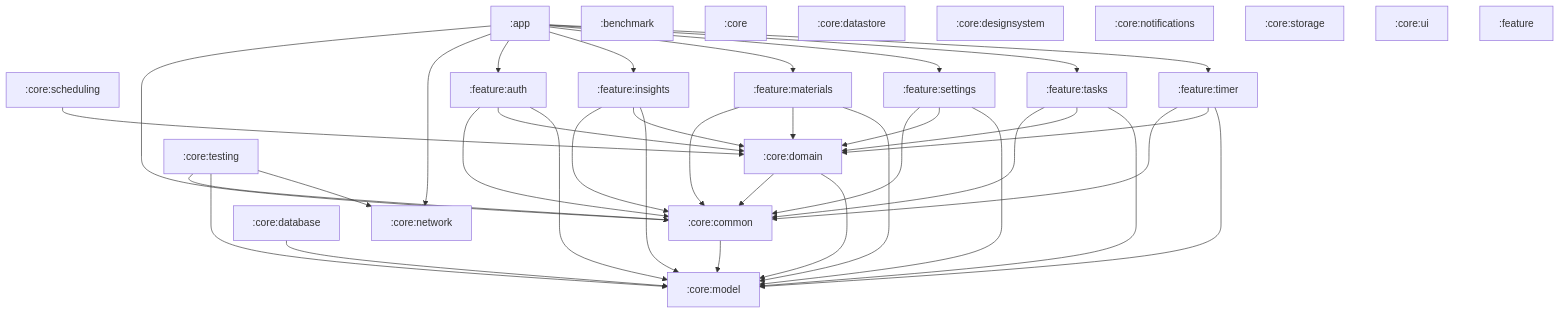
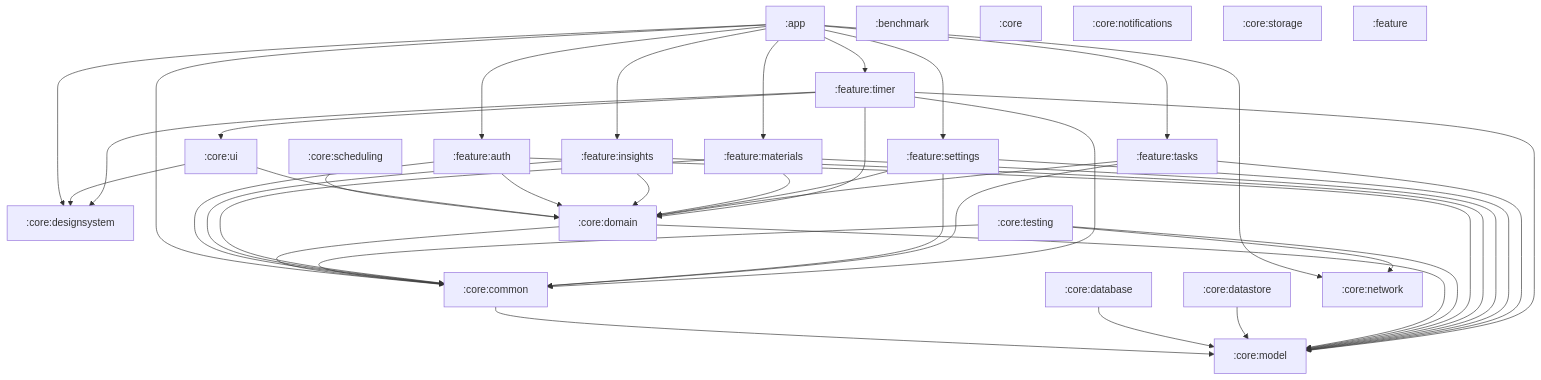
Before and after one commit to konarsubhojit/study-app: the diagram in docs/module-graph.md, drawn with Mermaid. The commit also changed 19 other files, not shown here.

````diff
--- a/docs/module-graph.md
+++ b/docs/module-graph.md
@@ -8,59 +8,65 @@
 ```mermaid
 graph TD
     app[":app"]
     benchmark[":benchmark"]
     core[":core"]
     core_common[":core:common"]
     core_database[":core:database"]
     core_datastore[":core:datastore"]
     core_designsystem[":core:designsystem"]
     core_domain[":core:domain"]
     core_model[":core:model"]
     core_network[":core:network"]
     core_notifications[":core:notifications"]
     core_scheduling[":core:scheduling"]
     core_storage[":core:storage"]
     core_testing[":core:testing"]
     core_ui[":core:ui"]
     feature[":feature"]
     feature_auth[":feature:auth"]
     feature_insights[":feature:insights"]
     feature_materials[":feature:materials"]
     feature_settings[":feature:settings"]
     feature_tasks[":feature:tasks"]
     feature_timer[":feature:timer"]
     app --> core_common
+    app --> core_designsystem
     app --> core_network
     app --> feature_auth
     app --> feature_insights
     app --> feature_materials
     app --> feature_settings
     app --> feature_tasks
     app --> feature_timer
     core_common --> core_model
     core_database --> core_model
+    core_datastore --> core_model
     core_domain --> core_common
     core_domain --> core_model
     core_scheduling --> core_domain
     core_testing --> core_common
     core_testing --> core_model
     core_testing --> core_network
+    core_ui --> core_designsystem
+    core_ui --> core_domain
     feature_auth --> core_common
     feature_auth --> core_domain
     feature_auth --> core_model
     feature_insights --> core_common
     feature_insights --> core_domain
     feature_insights --> core_model
     feature_materials --> core_common
     feature_materials --> core_domain
     feature_materials --> core_model
     feature_settings --> core_common
     feature_settings --> core_domain
     feature_settings --> core_model
     feature_tasks --> core_common
     feature_tasks --> core_domain
     feature_tasks --> core_model
     feature_timer --> core_common
+    feature_timer --> core_designsystem
     feature_timer --> core_domain
     feature_timer --> core_model
+    feature_timer --> core_ui
 ```
````
